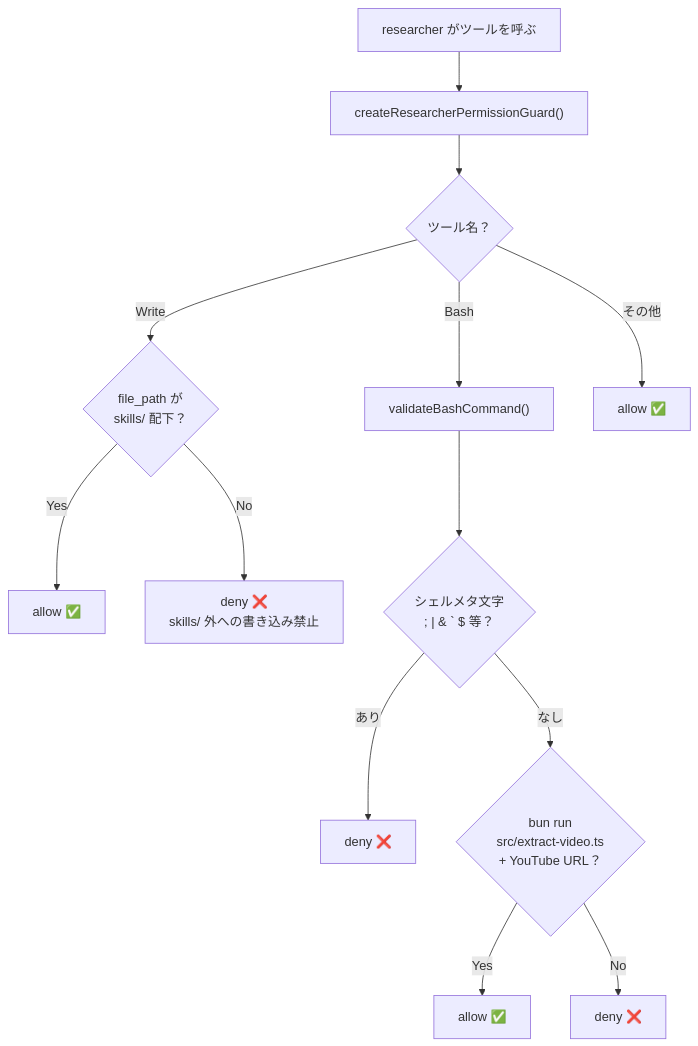
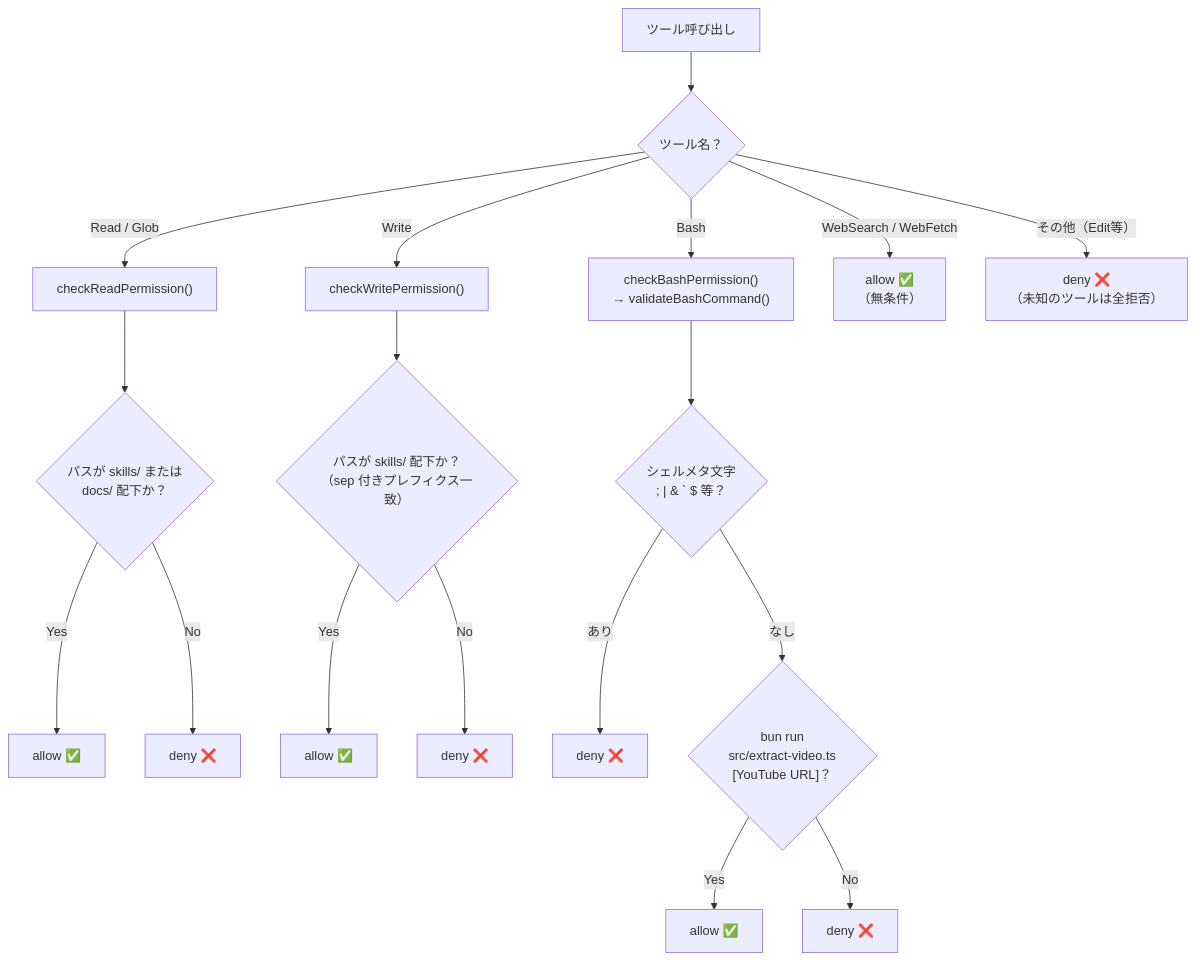
Before and after one commit to yukaorange/dcc_suport: diagram 18 of 19 in docs/architecture.md, drawn with Mermaid. The commit also changed other lines of this file and 34 other files, not shown here.

````diff
--- a/docs/architecture.md
+++ b/docs/architecture.md
@@ -398,19 +507,25 @@
 ```mermaid
 flowchart TD
-    ToolCall["researcher がツールを呼ぶ"] --> Guard["createResearcherPermissionGuard()"]
+    ToolCall["ツール呼び出し"] --> Switch{ツール名？}
 
-    Guard --> CheckTool{ツール名？}
+    Switch -->|"Read / Glob"| ReadCheck["checkReadPermission()"]
+    ReadCheck --> ReadPath{"パスが skills/ または<br>docs/ 配下か？"}
+    ReadPath -->|Yes| RA["allow ✅"]
+    ReadPath -->|No| RD["deny ❌"]
 
-    CheckTool -->|Write| CheckPath{"file_path が<br>skills/ 配下？"}
-    CheckPath -->|Yes| Allow1["allow ✅"]
-    CheckPath -->|No| Deny1["deny ❌<br>skills/ 外への書き込み禁止"]
+    Switch -->|Write| WriteCheck["checkWritePermission()"]
+    WriteCheck --> WritePath{"パスが skills/ 配下か？<br>（sep 付きプレフィクス一致）"}
+    WritePath -->|Yes| WA["allow ✅"]
+    WritePath -->|No| WD["deny ❌"]
 
-    CheckTool -->|Bash| ValidateCmd["validateBashCommand()"]
-    ValidateCmd --> CheckMeta{"シェルメタ文字<br>; | & ` $ 等？"}
-    CheckMeta -->|あり| Deny2["deny ❌"]
-    CheckMeta -->|なし| CheckStructure{"bun run<br>src/extract-video.ts<br>+ YouTube URL？"}
-    CheckStructure -->|Yes| Allow2["allow ✅"]
-    CheckStructure -->|No| Deny3["deny ❌"]
+    Switch -->|Bash| BashCheck["checkBashPermission()<br>→ validateBashCommand()"]
+    BashCheck --> Meta{"シェルメタ文字<br>; | & ` $ 等？"}
+    Meta -->|あり| BD1["deny ❌"]
+    Meta -->|なし| Structure{"bun run<br>src/extract-video.ts<br>[YouTube URL]？"}
+    Structure -->|Yes| BA["allow ✅"]
+    Structure -->|No| BD2["deny ❌"]
 
-    CheckTool -->|その他| Allow3["allow ✅"]
+    Switch -->|"WebSearch / WebFetch"| WEB["allow ✅<br>（無条件）"]
+
+    Switch -->|"その他（Edit等）"| DEFAULT["deny ❌<br>（未知のツールは全拒否）"]
 ```
````
